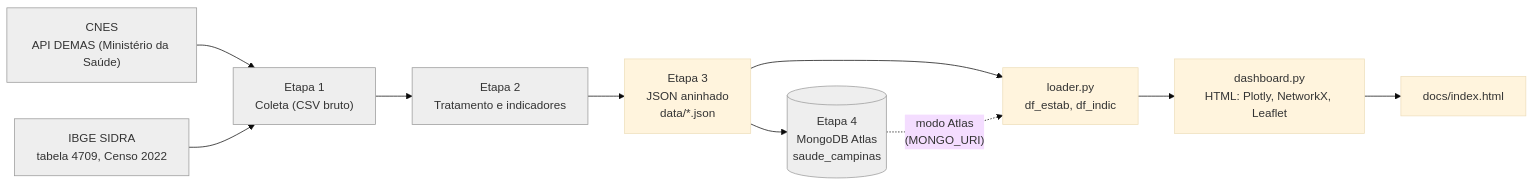
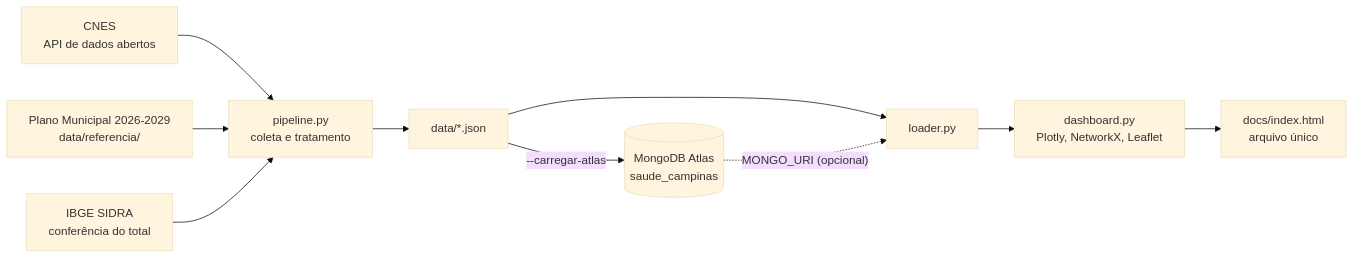
The diagram in docs/arquitetura.md (arthur-cmarques1/mapa-saude-campinas), drawn with Mermaid (base theme) before and after one commit. The commit also changed other lines of this file and 44 other files, not shown here.

````diff
--- a/docs/arquitetura.md
+++ b/docs/arquitetura.md
@@ -7,16 +3,12 @@
 ```mermaid
 flowchart LR
-    A["CNES<br/>API DEMAS (Ministério da Saúde)"] --> C
-    B["IBGE SIDRA<br/>tabela 4709, Censo 2022"] --> C
-    C["Etapa 1<br/>Coleta (CSV bruto)"] --> D
-    D["Etapa 2<br/>Tratamento e indicadores"] --> E
-    E["Etapa 3<br/>JSON aninhado<br/>data/*.json"] --> F
-    F[("Etapa 4<br/>MongoDB Atlas<br/>saude_campinas")]
-    E --> G
-    F -.->|"modo Atlas<br/>(MONGO_URI)"| G
-    G["loader.py<br/>df_estab, df_indic"] --> H
-    H["dashboard.py<br/>HTML: Plotly, NetworkX, Leaflet"] --> I["docs/index.html"]
-
-    classDef hist fill:#eee,stroke:#999,color:#333;
-    class A,B,C,D,F hist;
+    A["CNES<br/>API de dados abertos"] --> C["pipeline.py<br/>coleta e tratamento"]
+    B["Plano Municipal 2026-2029<br/>data/referencia/"] --> C
+    I["IBGE SIDRA<br/>conferência do total"] --> C
+    C --> D["data/*.json"]
+    D --> E["loader.py"]
+    D -->|"--carregar-atlas"| F[("MongoDB Atlas<br/>saude_campinas")]
+    F -.->|"MONGO_URI (opcional)"| E
+    E --> G["dashboard.py<br/>Plotly, NetworkX, Leaflet"]
+    G --> H["docs/index.html<br/>arquivo único"]
 ```
````
